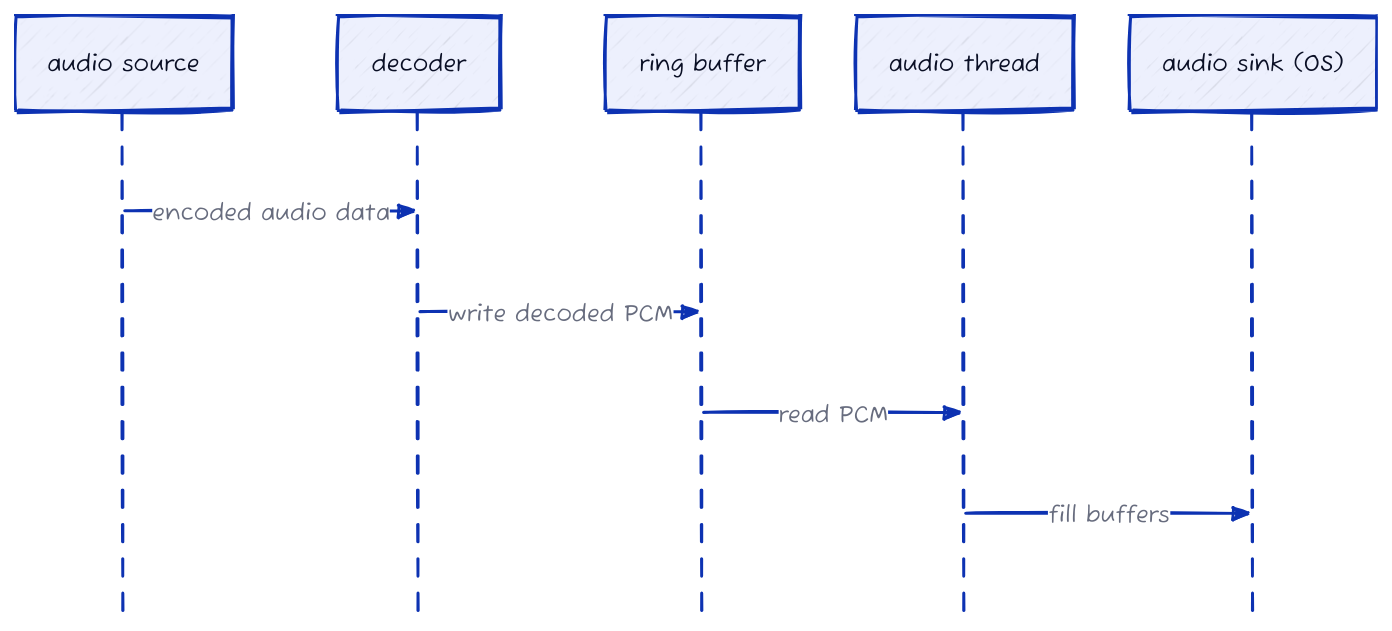
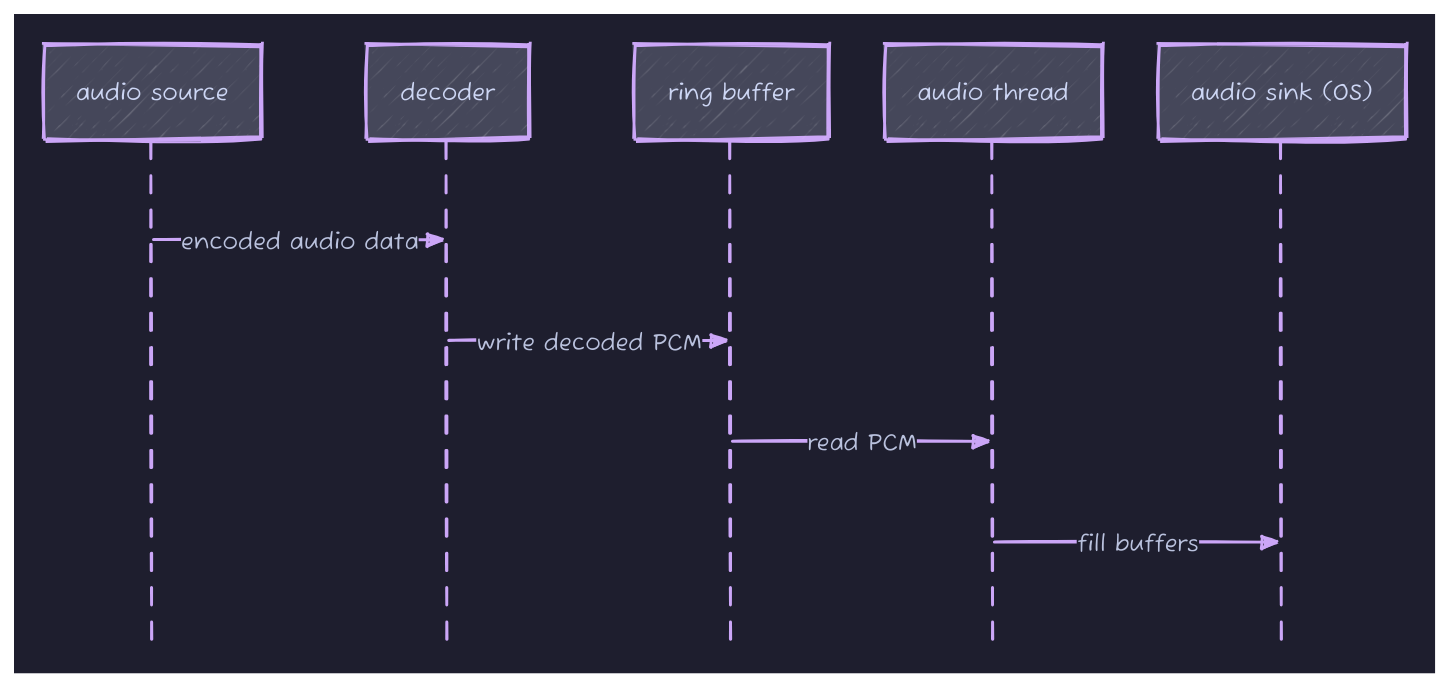
The diagram in src/blog/streaming/audio.d2 (aschey/aschey.tech), drawn with D2 before and after one commit. The commit also changed 4 other files, not shown here.

```diff
--- a/src/blog/streaming/audio.d2
+++ b/src/blog/streaming/audio.d2
@@ -1,12 +1,13 @@
 vars: {
   d2-config: {
     sketch: true
+    theme-id: 200
   }
 }
 
 shape: sequence_diagram
 
 audio source -> decoder: encoded audio data
 decoder -> ring buffer: write decoded PCM
 ring buffer -> audio thread: read PCM
 audio thread -> audio sink (OS): fill buffers
```
